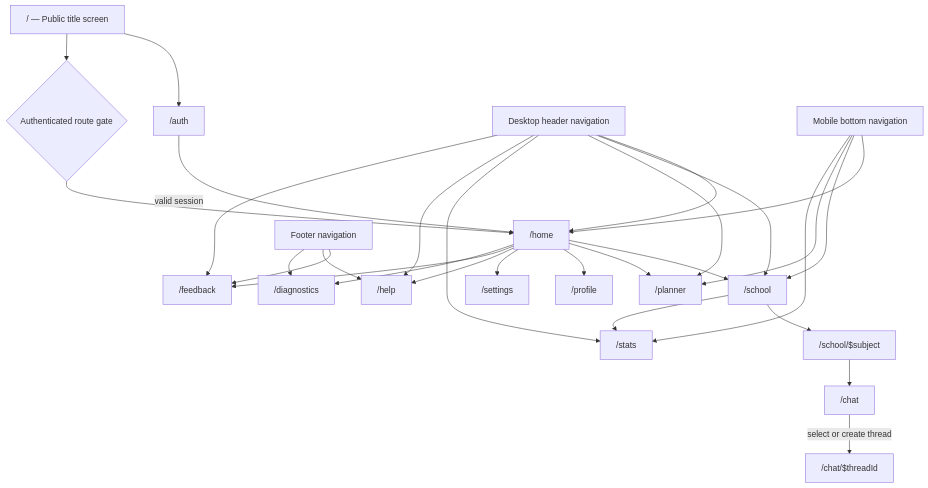
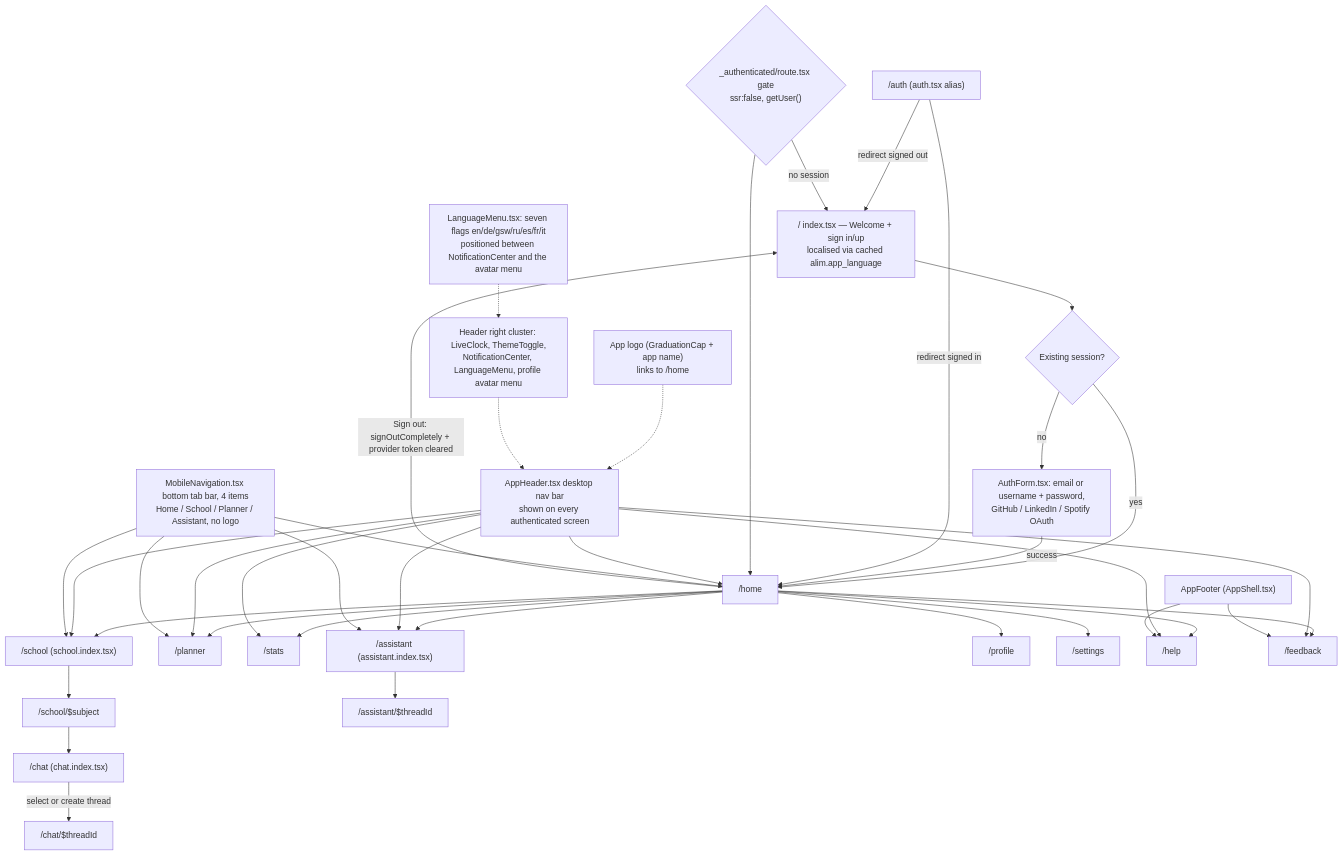
The diagram in docs/wireframes/02-routes-navigation.mmd (keyshavmor/study-swiss-star), drawn with Mermaid before and after one commit. The commit also changed 423 other files, not shown here.

Commit message:
Reconcile backend branch with current frontend and live Supabase

```diff
--- a/docs/wireframes/02-routes-navigation.mmd
+++ b/docs/wireframes/02-routes-navigation.mmd
@@ -1,29 +1,40 @@
+%% Route map. Corrected: no /diagnostics route; header carries a seven-language flag menu
+%% (frontend/src/components/app/LanguageMenu.tsx) between NotificationCenter and the avatar menu.
 flowchart TD
-  Root["/ — Public title screen"] --> Auth["/auth"]
-  Root --> Protected{Authenticated route gate}
-  Auth -->|valid session| Home["/home"]
-  Protected --> Home
-  Home --> School["/school"]
+  Root["/ index.tsx — Welcome + sign in/up<br/>localised via cached alim.app_language"] --> SignedIn{Existing session?}
+  SignedIn -->|yes| Home["/home"]
+  SignedIn -->|no| AuthForm["AuthForm.tsx: email or username + password,<br/>GitHub / LinkedIn / Spotify OAuth"]
+  AuthForm -->|success| Home
+  AuthAlias["/auth (auth.tsx alias)"] -->|redirect signed out| Root
+  AuthAlias -->|redirect signed in| Home
+  Gate{"_authenticated/route.tsx gate<br/>ssr:false, getUser()"} -->|no session| Root
+  Gate --> Home
+  Home -->|Sign out: signOutCompletely + provider token cleared| Root
+  Home --> School["/school (school.index.tsx)"]
   Home --> Planner["/planner"]
   School --> Subject["/school/$subject"]
-  School --> Stats["/stats"]
-  Subject --> ChatEntry["/chat"]
+  Home --> Stats["/stats"]
+  Subject --> ChatEntry["/chat (chat.index.tsx)"]
   ChatEntry -->|select or create thread| Thread["/chat/$threadId"]
+  Home --> Assistant["/assistant (assistant.index.tsx)"]
+  Assistant --> AssistantThread["/assistant/$threadId"]
   Home --> Profile["/profile"]
   Home --> Settings["/settings"]
   Home --> Help["/help"]
   Home --> Feedback["/feedback"]
-  Home --> Diagnostics["/diagnostics"]
-  Header[Desktop header navigation] --> Home
+  Header["AppHeader.tsx desktop nav bar<br/>shown on every authenticated screen"] --> Home
   Header --> School
   Header --> Planner
+  Header --> Assistant
   Header --> Stats
   Header --> Help
   Header --> Feedback
-  Mobile[Mobile bottom navigation] --> Home
+  Logo["App logo (GraduationCap + app name)<br/>links to /home"] -.-> Header
+  HeaderRight["Header right cluster: LiveClock, ThemeToggle,<br/>NotificationCenter, LanguageMenu, profile avatar menu"] -.-> Header
+  LangMenu["LanguageMenu.tsx: seven flags en/de/gsw/ru/es/fr/it<br/>positioned between NotificationCenter and the avatar menu"] -.-> HeaderRight
+  Mobile["MobileNavigation.tsx bottom tab bar, 4 items<br/>Home / School / Planner / Assistant, no logo"] --> Home
   Mobile --> School
   Mobile --> Planner
-  Mobile --> Stats
-  Footer[Footer navigation] --> Feedback
+  Mobile --> Assistant
+  Footer["AppFooter (AppShell.tsx)"] --> Feedback
   Footer --> Help
-  Footer --> Diagnostics
```
